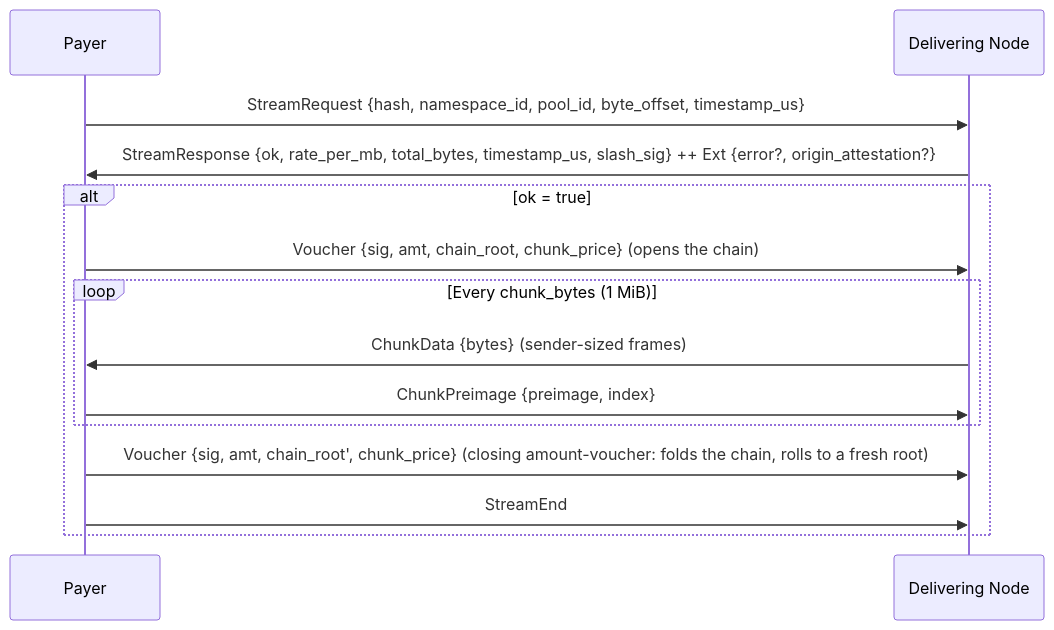
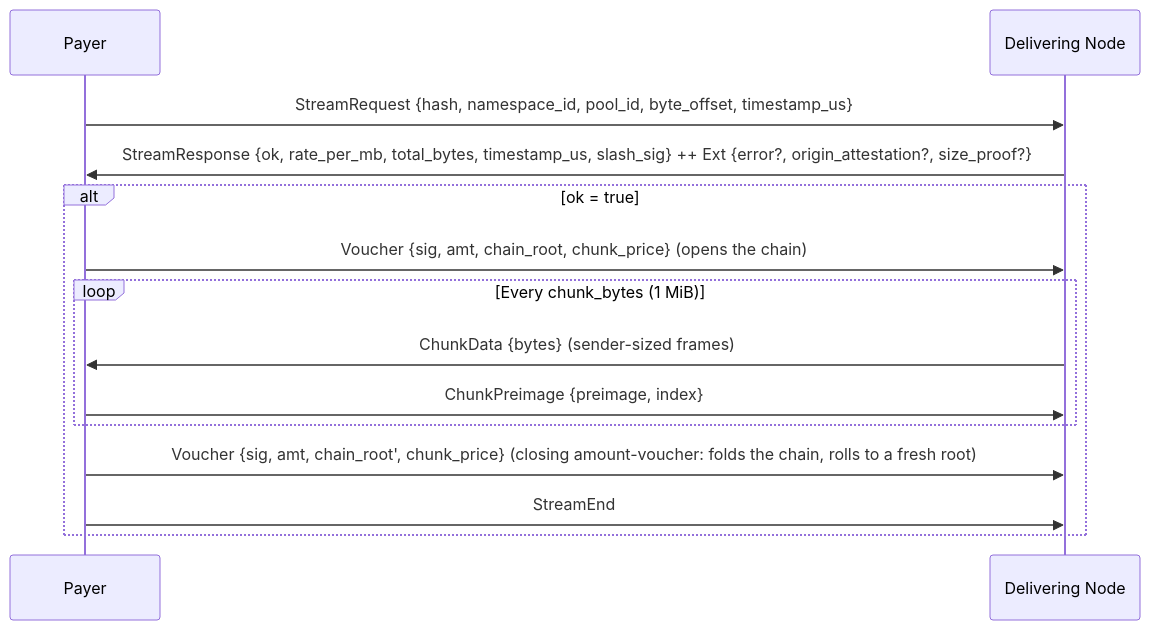
Before and after one commit to decdn/decdn: the second of 3 diagrams in adr/005-protocol.md, drawn with Mermaid. The commit also changed other lines of this file, not shown here.

First line of the commit message:
docs(adr)!: a node proves the blob size

````diff
--- a/adr/005-protocol.md
+++ b/adr/005-protocol.md
@@ -100,18 +100,18 @@
 ```mermaid
 sequenceDiagram
     participant P as Payer
     participant D as Delivering Node
 
     P->>D: StreamRequest {hash, namespace_id, pool_id, byte_offset, timestamp_us}
-    D->>P: StreamResponse {ok, rate_per_mb, total_bytes, timestamp_us, slash_sig} ++ Ext {error?, origin_attestation?}
+    D->>P: StreamResponse {ok, rate_per_mb, total_bytes, timestamp_us, slash_sig} ++ Ext {error?, origin_attestation?, size_proof?}
 
     alt ok = true
         P->>D: Voucher {sig, amt, chain_root, chunk_price} (opens the chain)
         loop Every chunk_bytes (1 MiB)
             D->>P: ChunkData {bytes} (sender-sized frames)
             P->>D: ChunkPreimage {preimage, index}
         end
         P->>D: Voucher {sig, amt, chain_root', chunk_price} (closing amount-voucher: folds the chain, rolls to a fresh root)
         P->>D: StreamEnd
     end
 ```
````
